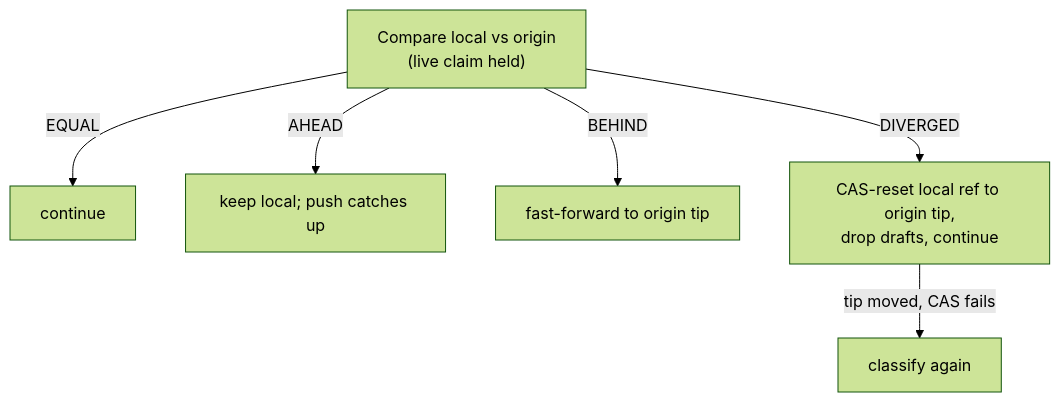
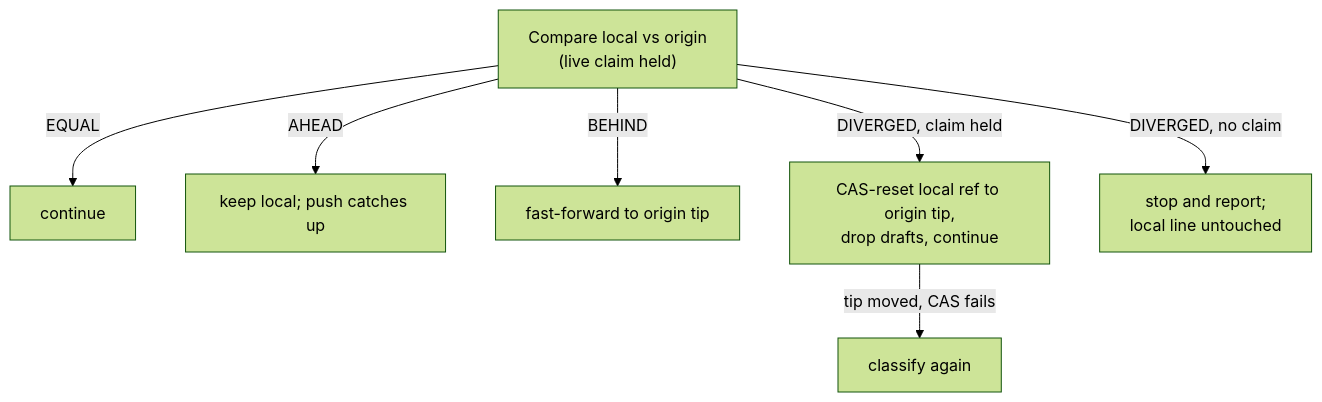
One commit to oinsio/gnomish-factory changed the second of 2 diagrams in openspec/changes/harden-task-branch-contract/specs/task-branch-contract/spec.md. Above: the diagram before and after it, drawn with Mermaid (forest theme). The commit also changed other lines of this file and 114 other files, not shown here.

````diff
--- a/openspec/changes/harden-task-branch-contract/specs/task-branch-contract/spec.md
+++ b/openspec/changes/harden-task-branch-contract/specs/task-branch-contract/spec.md
@@ -107,9 +107,10 @@
 ```mermaid
 flowchart TD
     C["Compare local vs origin<br/>(live claim held)"]
     C -->|EQUAL| K["continue"]
     C -->|AHEAD| A["keep local; push catches up"]
     C -->|BEHIND| B["fast-forward to origin tip"]
-    C -->|DIVERGED| D["CAS-reset local ref to origin tip,<br/>drop drafts, continue"]
+    C -->|DIVERGED, claim held| D["CAS-reset local ref to origin tip,<br/>drop drafts, continue"]
+    C -->|DIVERGED, no claim| S["stop and report;<br/>local line untouched"]
     D -->|tip moved, CAS fails| R["classify again"]
 ```
````
